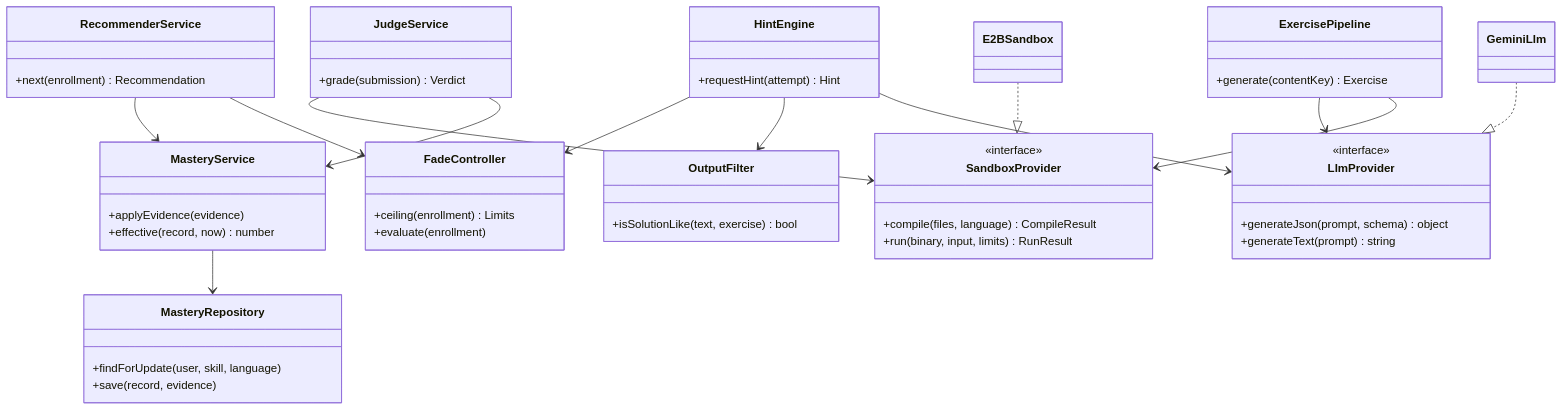
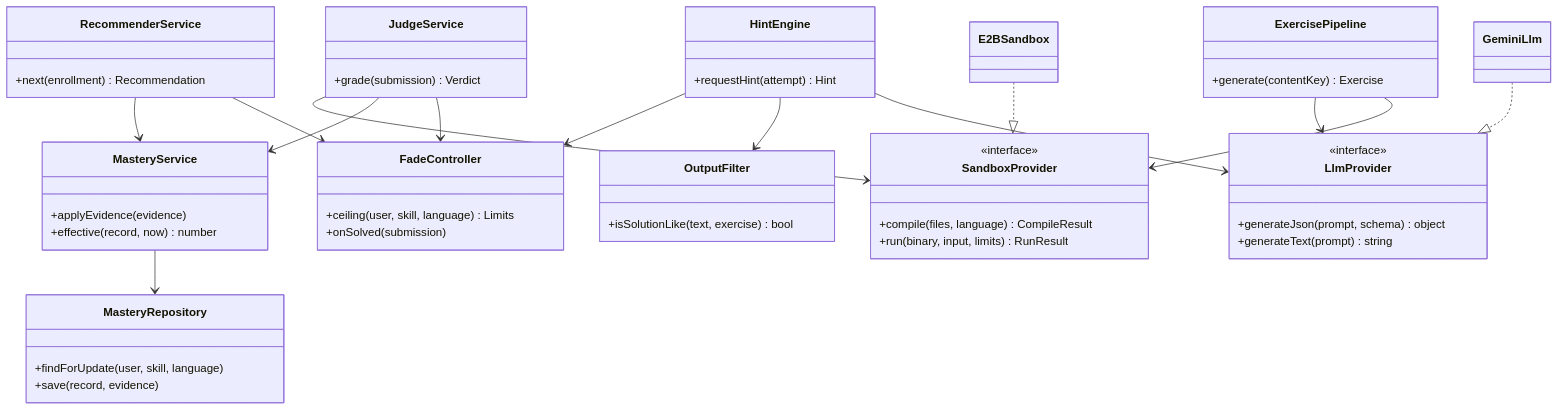
One commit to Nidanos/ai-tutor-platform changed diagram 18 of 32 in DOCS/phase-2/MP3-System-Design.md. Above: the diagram before and after it, drawn with Mermaid. The commit also changed other lines of this file, not shown here.

Commit message:
docs: update Phase 2 design with per-skill fade, schema refinements and auth decisions

````diff
--- a/DOCS/phase-2/MP3-System-Design.md
+++ b/DOCS/phase-2/MP3-System-Design.md
@@ -1103,55 +1211,56 @@
 ```mermaid
 classDiagram
   direction TB
   class JudgeService {
     +grade(submission) Verdict
   }
   class MasteryService {
     +applyEvidence(evidence)
     +effective(record, now) number
   }
   class RecommenderService {
     +next(enrollment) Recommendation
   }
   class HintEngine {
     +requestHint(attempt) Hint
   }
   class OutputFilter {
     +isSolutionLike(text, exercise) bool
   }
   class FadeController {
-    +ceiling(enrollment) Limits
-    +evaluate(enrollment)
+    +ceiling(user, skill, language) Limits
+    +onSolved(submission)
   }
   class ExercisePipeline {
     +generate(contentKey) Exercise
   }
   class MasteryRepository {
     +findForUpdate(user, skill, language)
     +save(record, evidence)
   }
   class SandboxProvider {
     <<interface>>
     +compile(files, language) CompileResult
     +run(binary, input, limits) RunResult
   }
   class LlmProvider {
     <<interface>>
     +generateJson(prompt, schema) object
     +generateText(prompt) string
   }
   class E2BSandbox
   class GeminiLlm
   E2BSandbox ..|> SandboxProvider
   GeminiLlm ..|> LlmProvider
   JudgeService --> SandboxProvider
   JudgeService --> MasteryService
+  JudgeService --> FadeController
   ExercisePipeline --> LlmProvider
   ExercisePipeline --> SandboxProvider
   HintEngine --> FadeController
   HintEngine --> OutputFilter
   HintEngine --> LlmProvider
   RecommenderService --> MasteryService
   RecommenderService --> FadeController
   MasteryService --> MasteryRepository
 ```
````
